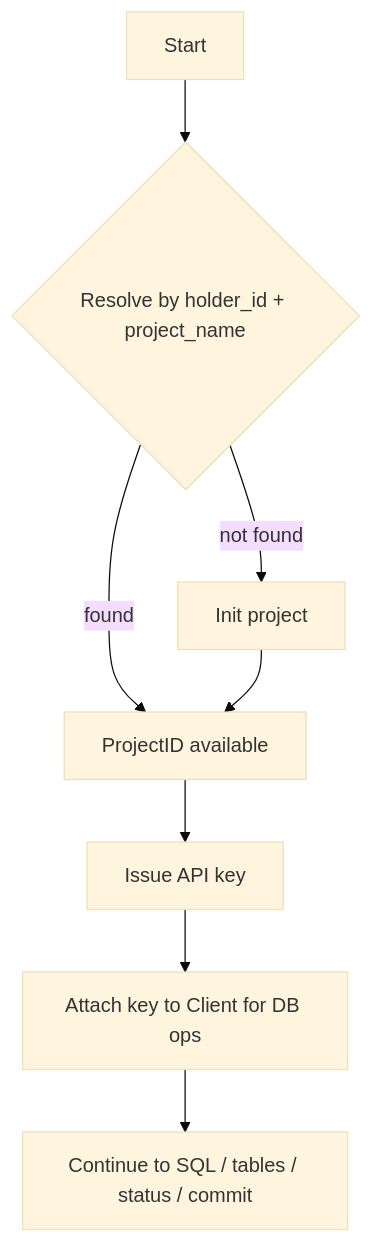
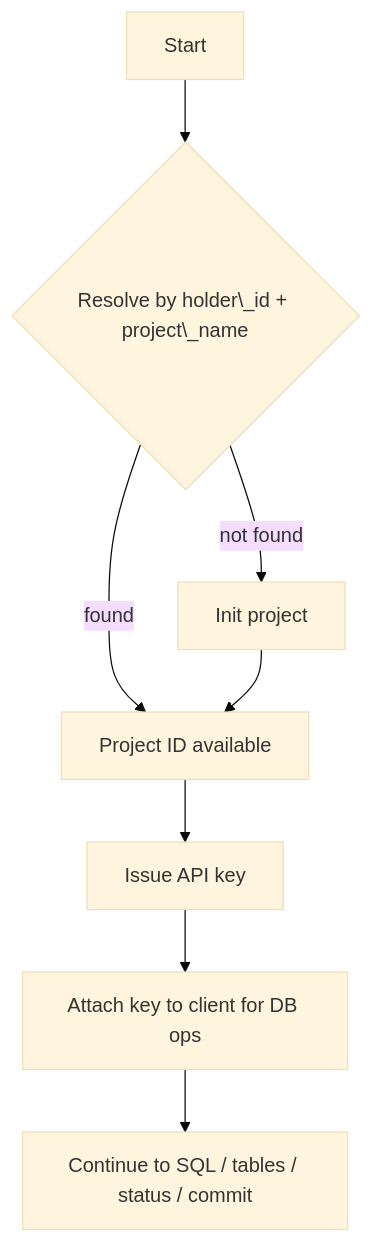
The diagram in sdk-documentation/05-projects.md (steven3002/warlot-golang-sdk), drawn with Mermaid before and after one commit. The commit also changed 17 other files, not shown here.

Commit message:
mermaid chart fix

````diff
--- a/sdk-documentation/05-projects.md
+++ b/sdk-documentation/05-projects.md
@@ -31,11 +31,12 @@
 ```mermaid
-%%{init: {'theme': 'base'}}%%
+%%{init: {"theme": "base"}}%%
 flowchart TD
-  A[Start] --> B{Resolve by holder_id + project_name}
-  B -->|found| C[ProjectID available]
+  A[Start] --> B{"Resolve by holder\_id + project\_name"}
+  B -->|found| C[Project ID available]
   B -->|not found| D[Init project]
   D --> C
   C --> E[Issue API key]
-  E --> F[Attach key to Client for DB ops]
-  F --> G[Continue to SQL / tables / status / commit]
+  E --> F[Attach key to client for DB ops]
+  F --> G["Continue to SQL / tables / status / commit"]
+
 ```
````
